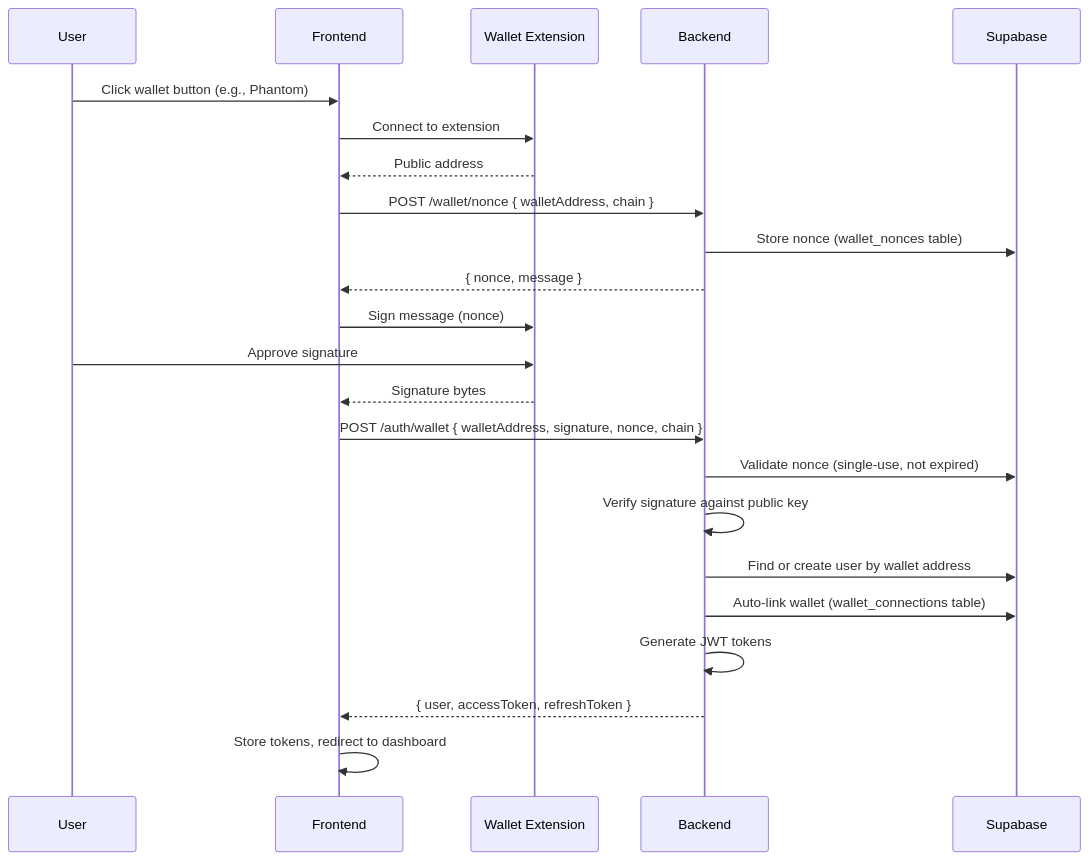
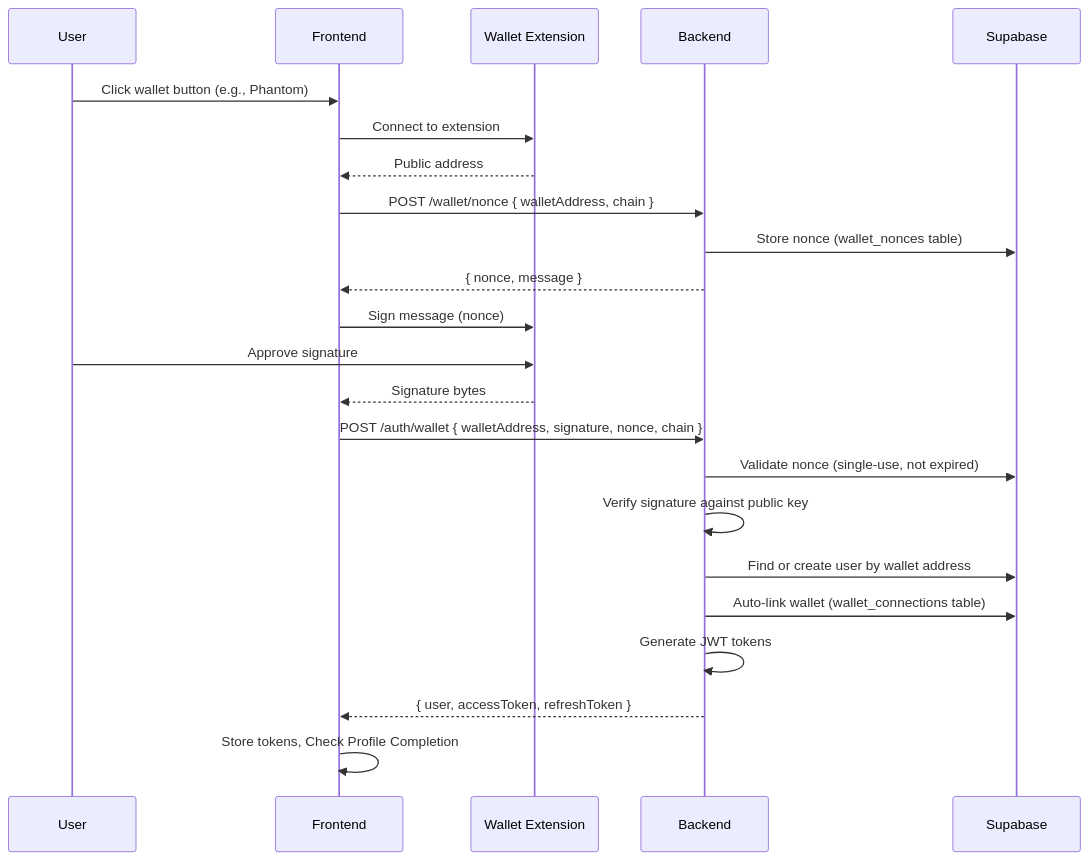
One commit to slzyoung/SeniQu changed the second of 5 diagrams in doc/04-Authentication-Security.md. Above: the diagram before and after it, drawn with Mermaid. The commit also changed other lines of this file and 22 other files, not shown here.

````diff
--- a/doc/04-Authentication-Security.md
+++ b/doc/04-Authentication-Security.md
@@ -47,30 +63,30 @@
 ```mermaid
 sequenceDiagram
     participant User
     participant Frontend
     participant WalletExt as Wallet Extension
     participant Backend
     participant Supabase
 
     User->>Frontend: Click wallet button (e.g., Phantom)
     Frontend->>WalletExt: Connect to extension
     WalletExt-->>Frontend: Public address
 
     Frontend->>Backend: POST /wallet/nonce { walletAddress, chain }
     Backend->>Supabase: Store nonce (wallet_nonces table)
     Backend-->>Frontend: { nonce, message }
 
     Frontend->>WalletExt: Sign message (nonce)
     User->>WalletExt: Approve signature
     WalletExt-->>Frontend: Signature bytes
 
     Frontend->>Backend: POST /auth/wallet { walletAddress, signature, nonce, chain }
     Backend->>Supabase: Validate nonce (single-use, not expired)
     Backend->>Backend: Verify signature against public key
     Backend->>Supabase: Find or create user by wallet address
     Backend->>Supabase: Auto-link wallet (wallet_connections table)
     Backend->>Backend: Generate JWT tokens
     Backend-->>Frontend: { user, accessToken, refreshToken }
 
-    Frontend->>Frontend: Store tokens, redirect to dashboard
+    Frontend->>Frontend: Store tokens, Check Profile Completion
 ```
````
